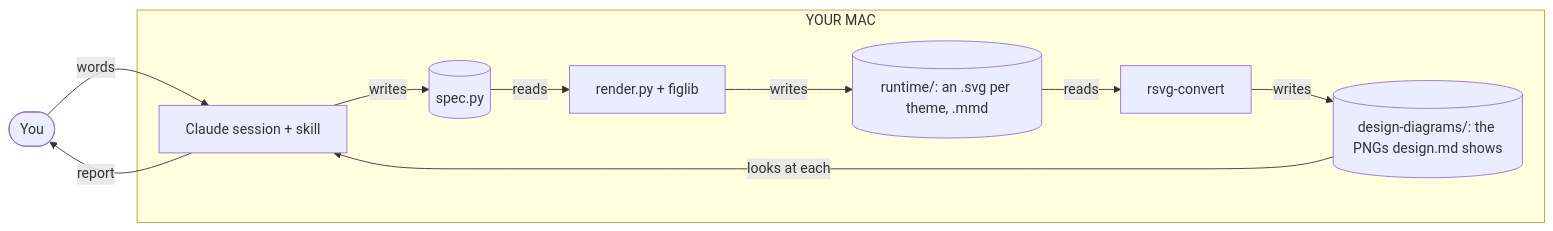
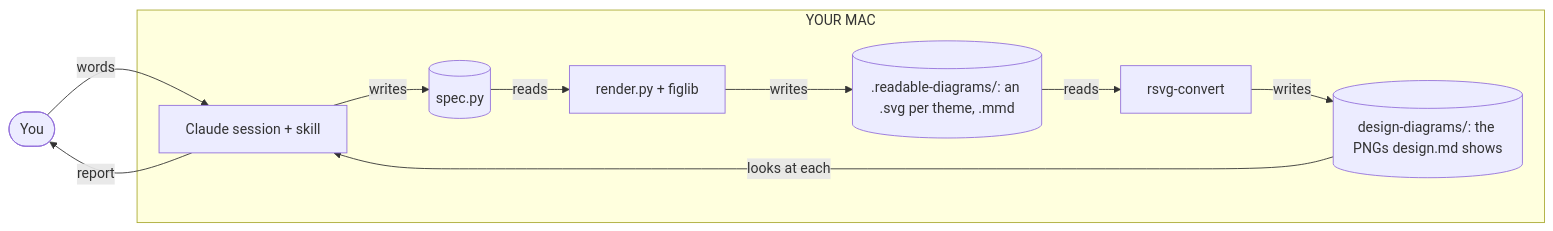
The first of 2 diagrams in skills/readable-diagrams/HOW-IT-WORKS.md (DanTanzer/dans-skills), drawn with Mermaid before and after one commit. The commit also changed other lines of this file and 16 other files, not shown here.

First line of the commit message:
readable-diagrams: build files in .readable-diagrams/ at the project root

````diff
--- a/skills/readable-diagrams/HOW-IT-WORKS.md
+++ b/skills/readable-diagrams/HOW-IT-WORKS.md
@@ -41,14 +41,14 @@
 ```mermaid
 flowchart LR
   you(["You"])
   subgraph mac["YOUR MAC"]
     claude["Claude session + skill"] -->|writes| spec[("spec.py")]
     spec -->|reads| render["render.py + figlib"]
-    render -->|writes| runtime[("runtime/: an .svg per theme, .mmd")]
-    runtime -->|reads| exporter["rsvg-convert"]
+    render -->|writes| build[(".readable-diagrams/: an .svg per theme, .mmd")]
+    build -->|reads| exporter["rsvg-convert"]
     exporter -->|writes| pngs[("design-diagrams/: the PNGs design.md shows")]
     pngs -->|looks at each| claude
   end
   you -->|words| claude
   claude -->|report| you
 ```
````
